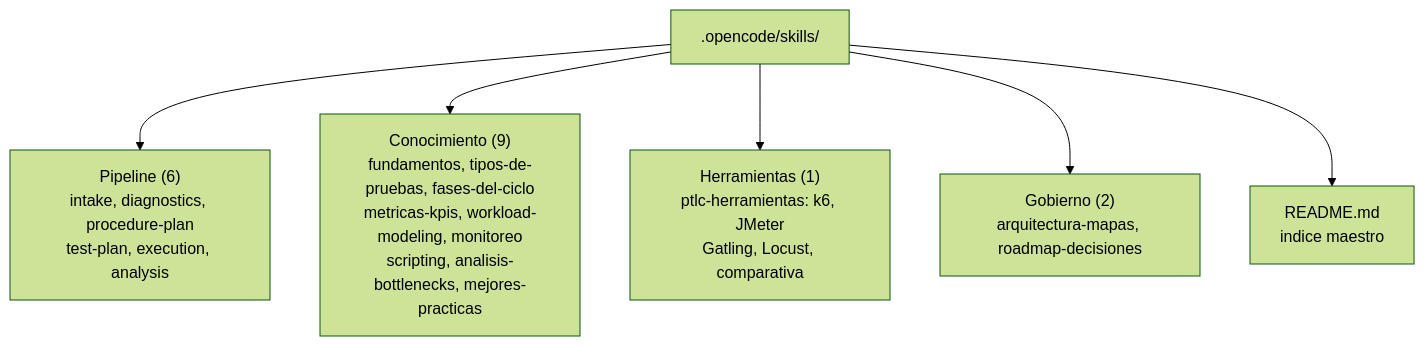
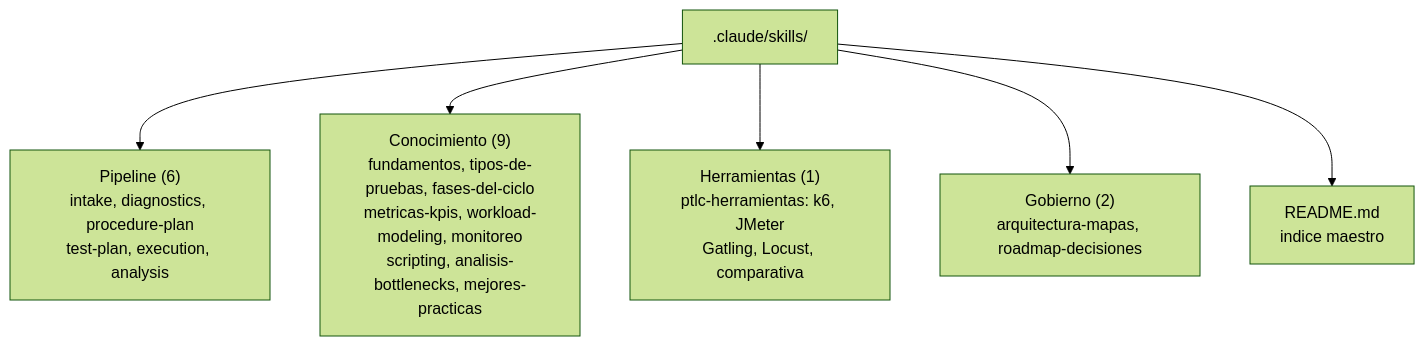
One commit to criquil/QA-Agents-Ecosystem changed the second of 2 diagrams in Intelligent_Performance_Test_Orchstrator/docs/02-arquitectura.md. Above: the diagram before and after it, drawn with Mermaid (forest theme). The commit also changed other lines of this file and 305 other files, not shown here.

First line of the commit message:
Migrar el ecosistema de opencode a Claude Code

````diff
--- a/Intelligent_Performance_Test_Orchstrator/docs/02-arquitectura.md
+++ b/Intelligent_Performance_Test_Orchstrator/docs/02-arquitectura.md
@@ -66,8 +66,8 @@
 ```mermaid
 graph TD
-    SKILLS[".opencode/skills/"] --> PIPE["Pipeline (6)<br/>intake, diagnostics, procedure-plan<br/>test-plan, execution, analysis"]
+    SKILLS[".claude/skills/"] --> PIPE["Pipeline (6)<br/>intake, diagnostics, procedure-plan<br/>test-plan, execution, analysis"]
     SKILLS --> KNOW["Conocimiento (9)<br/>fundamentos, tipos-de-pruebas, fases-del-ciclo<br/>metricas-kpis, workload-modeling, monitoreo<br/>scripting, analisis-bottlenecks, mejores-practicas"]
     SKILLS --> TOOLS["Herramientas (1)<br/>ptlc-herramientas: k6, JMeter<br/>Gatling, Locust, comparativa"]
     SKILLS --> GOV["Gobierno (2)<br/>arquitectura-mapas, roadmap-decisiones"]
     SKILLS --> IDX["README.md<br/>indice maestro"]
 ```
````
